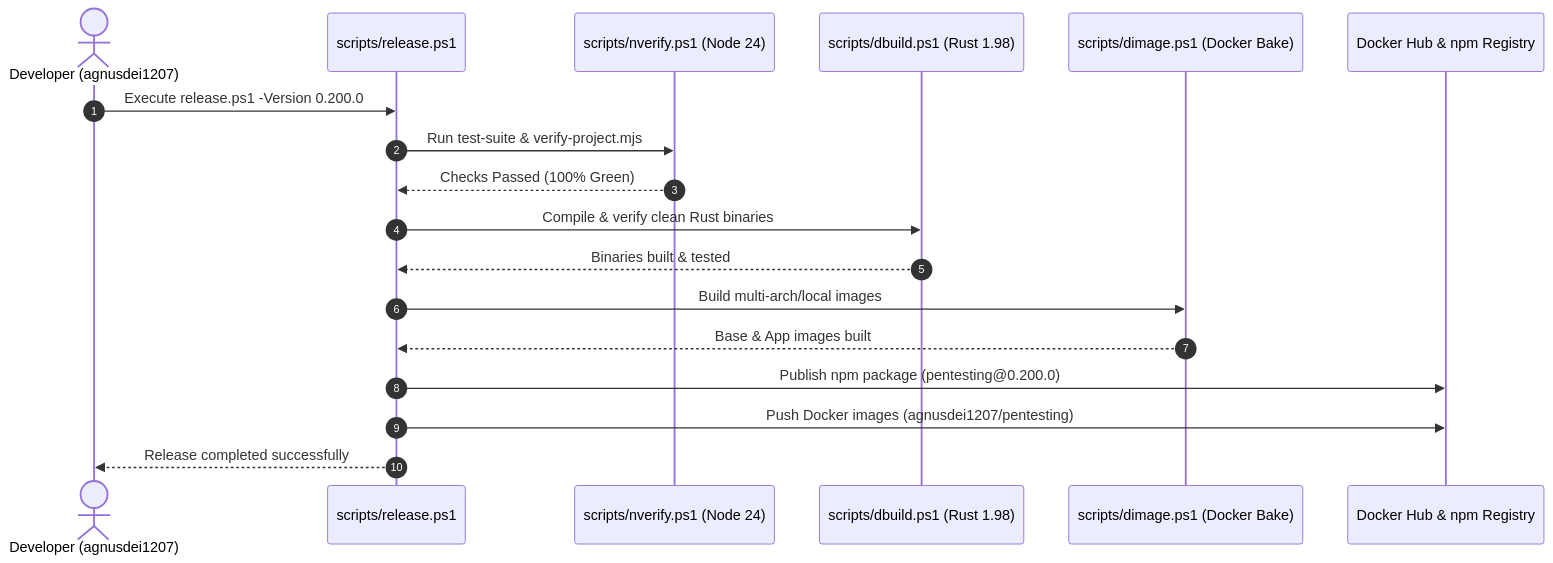
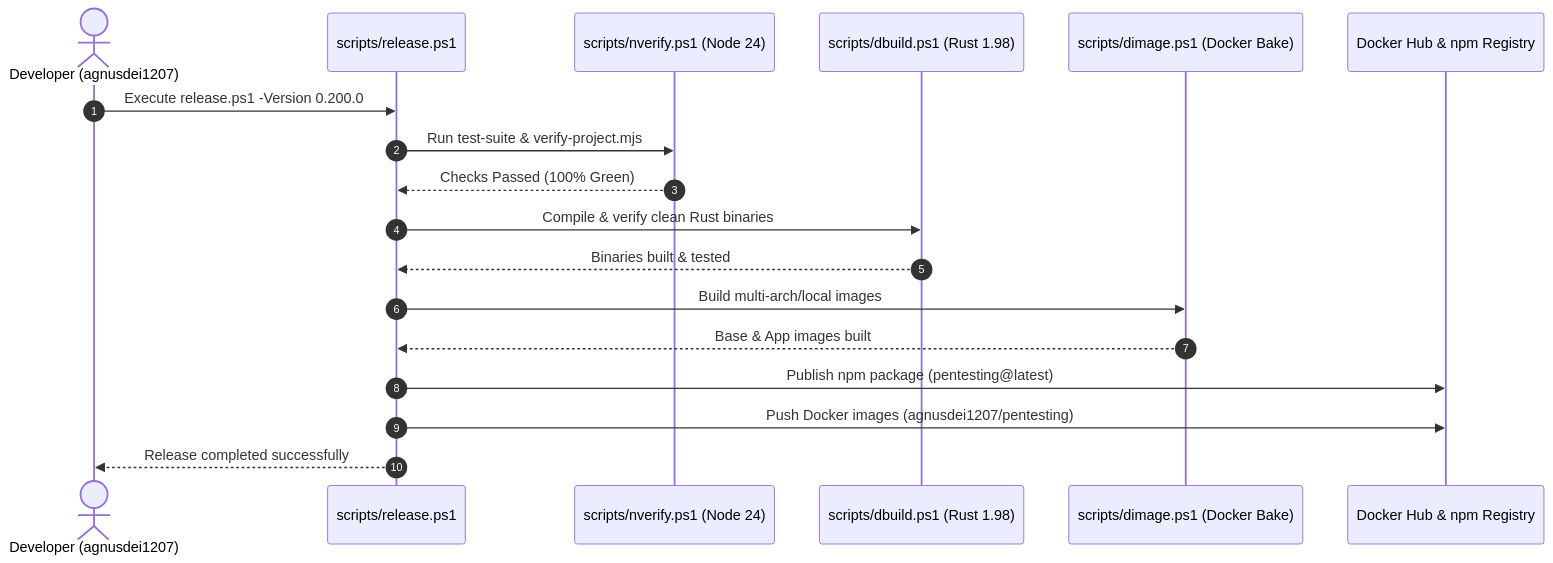
Before and after one commit to agnusdei1207/minimal-agent: the diagram in docs/adr/ADR-0006-pentesting-successor-and-unified-release-pipeline.md, drawn with Mermaid. The commit also changed other lines of this file and 1 other file, not shown here.

Commit message:
docs: remove hardcoded version pins and soften developer note tone

````diff
--- a/docs/adr/ADR-0006-pentesting-successor-and-unified-release-pipeline.md
+++ b/docs/adr/ADR-0006-pentesting-successor-and-unified-release-pipeline.md
@@ -116,21 +116,21 @@
 ```mermaid
 sequenceDiagram
     autonumber
     actor Dev as Developer (agnusdei1207)
     participant Script as scripts/release.ps1
     participant Node as scripts/nverify.ps1 (Node 24)
     participant Rust as scripts/dbuild.ps1 (Rust 1.98)
     participant Bake as scripts/dimage.ps1 (Docker Bake)
     participant Hub as Docker Hub & npm Registry
 
     Dev->>Script: Execute release.ps1 -Version 0.200.0
     Script->>Node: Run test-suite & verify-project.mjs
     Node-->>Script: Checks Passed (100% Green)
     Script->>Rust: Compile & verify clean Rust binaries
     Rust-->>Script: Binaries built & tested
     Script->>Bake: Build multi-arch/local images
     Bake-->>Script: Base & App images built
-    Script->>Hub: Publish npm package (pentesting@0.200.0)
+    Script->>Hub: Publish npm package (pentesting@latest)
     Script->>Hub: Push Docker images (agnusdei1207/pentesting)
     Script-->>Dev: Release completed successfully
 ```
````
